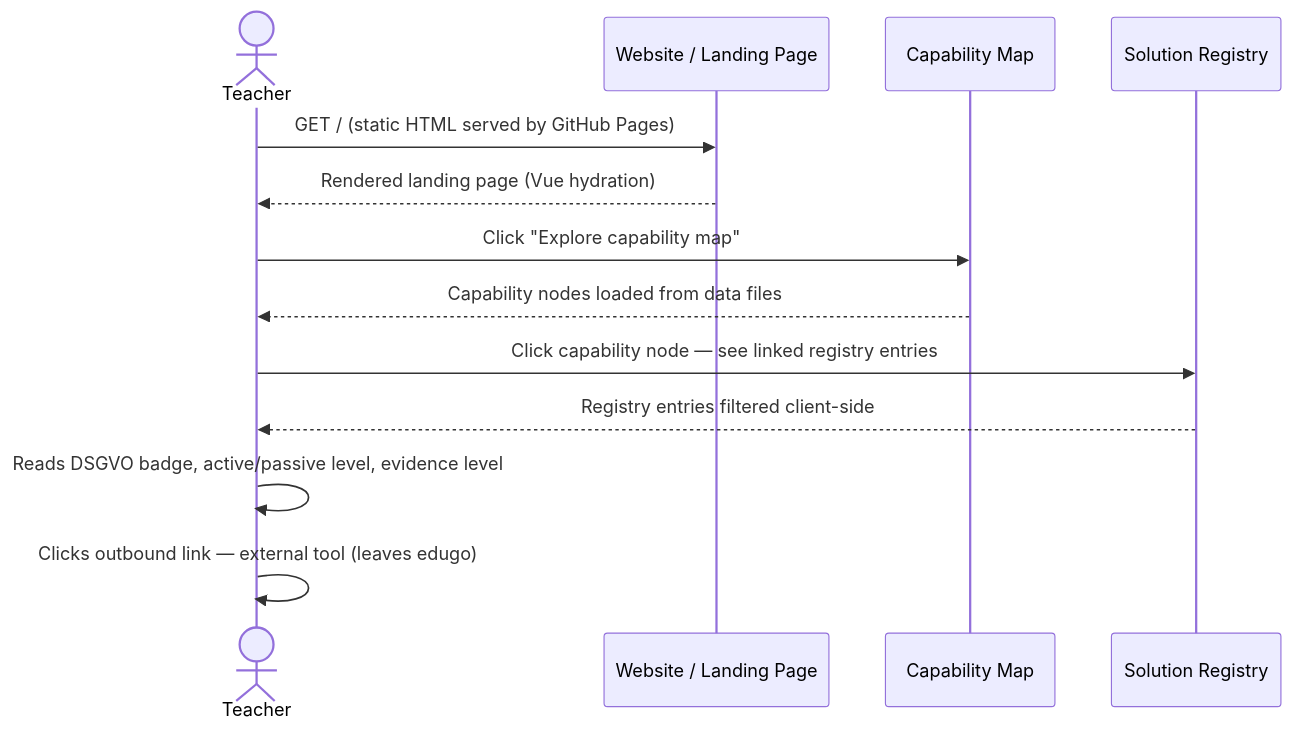
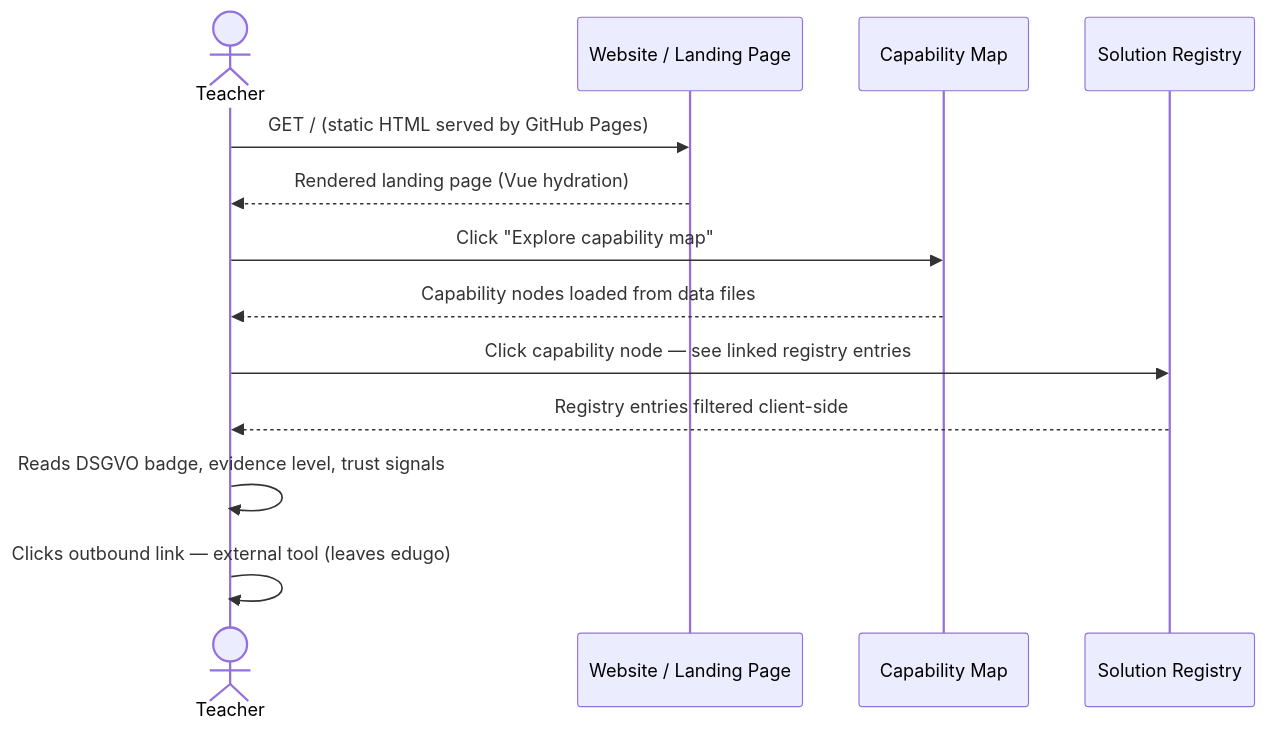
One commit to lernapps/docs changed the first of 5 diagrams in docs/arc42/06-runtime-view.arc42.md. Above: the diagram before and after it, drawn with Mermaid. The commit also changed other lines of this file and 29 other files, not shown here.

````diff
--- a/docs/arc42/06-runtime-view.arc42.md
+++ b/docs/arc42/06-runtime-view.arc42.md
@@ -36,16 +36,16 @@
 ```mermaid
 sequenceDiagram
   actor Teacher
   participant bb_website as Website / Landing Page
   participant bb_cap as Capability Map
   participant bb_reg as Solution Registry
 
   Teacher->>bb_website: GET / (static HTML served by GitHub Pages)
   bb_website-->>Teacher: Rendered landing page (Vue hydration)
   Teacher->>bb_cap: Click "Explore capability map"
   bb_cap-->>Teacher: Capability nodes loaded from data files
   Teacher->>bb_reg: Click capability node — see linked registry entries
   bb_reg-->>Teacher: Registry entries filtered client-side
-  Teacher->>Teacher: Reads DSGVO badge, active/passive level, evidence level
+  Teacher->>Teacher: Reads DSGVO badge, evidence level, trust signals
   Teacher->>Teacher: Clicks outbound link — external tool (leaves edugo)
 ```
````
